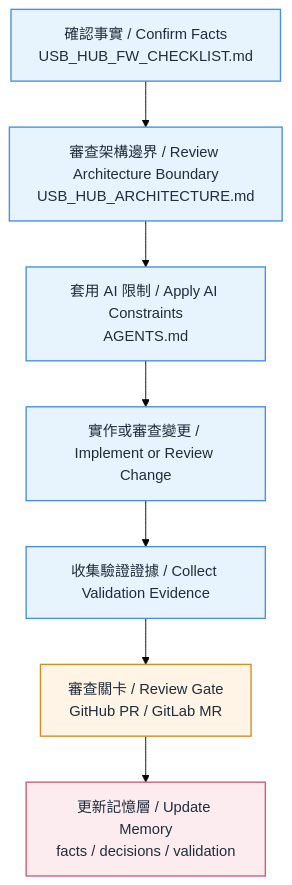
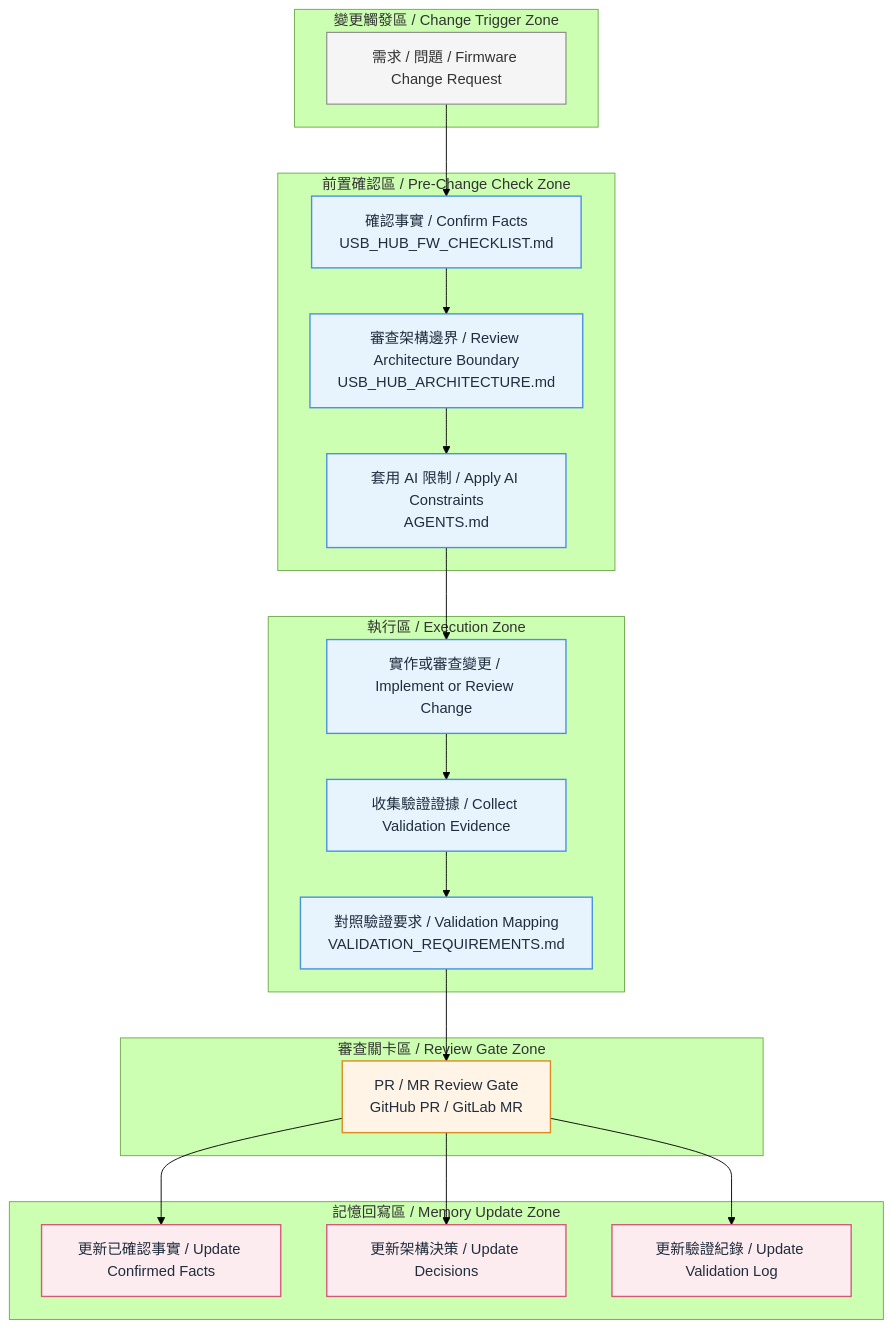
Before and after one commit to GavinWu672/USB-Hub-Firmware-Architecture-Contract: the second of 2 diagrams in README.md, drawn with Mermaid (forest theme).

Commit message:
docs: align governance flow diagram with architecture zones

````diff
--- a/README.md
+++ b/README.md
@@ -142,25 +142,49 @@
 ```mermaid
 flowchart TD
+    classDef trigger fill:#F5F5F5,stroke:#888,stroke-width:1.2px,color:#333;
     classDef step fill:#E8F4FD,stroke:#4A90E2,stroke-width:1.5px,color:#1F2D3D;
     classDef review fill:#FFF4E5,stroke:#D98C1F,stroke-width:1.5px,color:#1F2D3D;
     classDef memory fill:#FDECEF,stroke:#D45A7A,stroke-width:1.5px,color:#1F2D3D;
 
-    A["確認事實 / Confirm Facts<br/>USB_HUB_FW_CHECKLIST.md"]
-    B["審查架構邊界 / Review Architecture Boundary<br/>USB_HUB_ARCHITECTURE.md"]
-    C["套用 AI 限制 / Apply AI Constraints<br/>AGENTS.md"]
-    D["實作或審查變更 / Implement or Review Change"]
-    E["收集驗證證據 / Collect Validation Evidence"]
-    F["審查關卡 / Review Gate<br/>GitHub PR / GitLab MR"]
-    G["更新記憶層 / Update Memory<br/>facts / decisions / validation"]
+    subgraph G0["變更觸發區 / Change Trigger Zone"]
+        T1["需求 / 問題 / Firmware Change Request"]
+    end
 
-    A --> B
-    B --> C
-    C --> D
-    D --> E
-    E --> F
-    F --> G
+    subgraph G1["前置確認區 / Pre-Change Check Zone"]
+        S1["確認事實 / Confirm Facts<br/>USB_HUB_FW_CHECKLIST.md"]
+        S2["審查架構邊界 / Review Architecture Boundary<br/>USB_HUB_ARCHITECTURE.md"]
+        S3["套用 AI 限制 / Apply AI Constraints<br/>AGENTS.md"]
+    end
 
-    class A,B,C,D,E step;
-    class F review;
-    class G memory;
+    subgraph G2["執行區 / Execution Zone"]
+        E1["實作或審查變更 / Implement or Review Change"]
+        E2["收集驗證證據 / Collect Validation Evidence"]
+        E3["對照驗證要求 / Validation Mapping<br/>VALIDATION_REQUIREMENTS.md"]
+    end
+
+    subgraph G3["審查關卡區 / Review Gate Zone"]
+        R1["PR / MR Review Gate<br/>GitHub PR / GitLab MR"]
+    end
+
+    subgraph G4["記憶回寫區 / Memory Update Zone"]
+        M1["更新已確認事實 / Update Confirmed Facts"]
+        M2["更新架構決策 / Update Decisions"]
+        M3["更新驗證紀錄 / Update Validation Log"]
+    end
+
+    T1 --> S1
+    S1 --> S2
+    S2 --> S3
+    S3 --> E1
+    E1 --> E2
+    E2 --> E3
+    E3 --> R1
+    R1 --> M1
+    R1 --> M2
+    R1 --> M3
+
+    class T1 trigger;
+    class S1,S2,S3,E1,E2,E3 step;
+    class R1 review;
+    class M1,M2,M3 memory;
 ```
````
